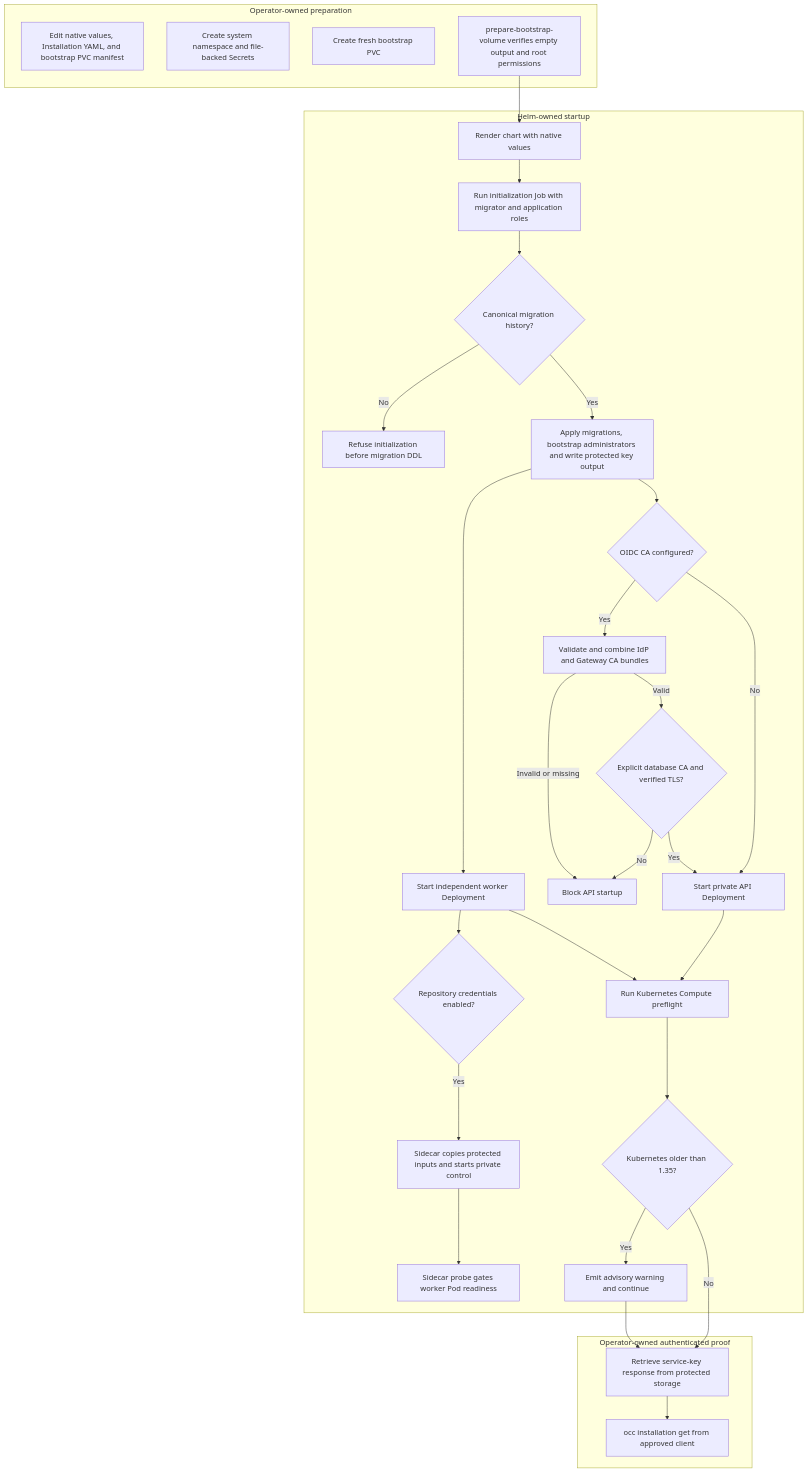
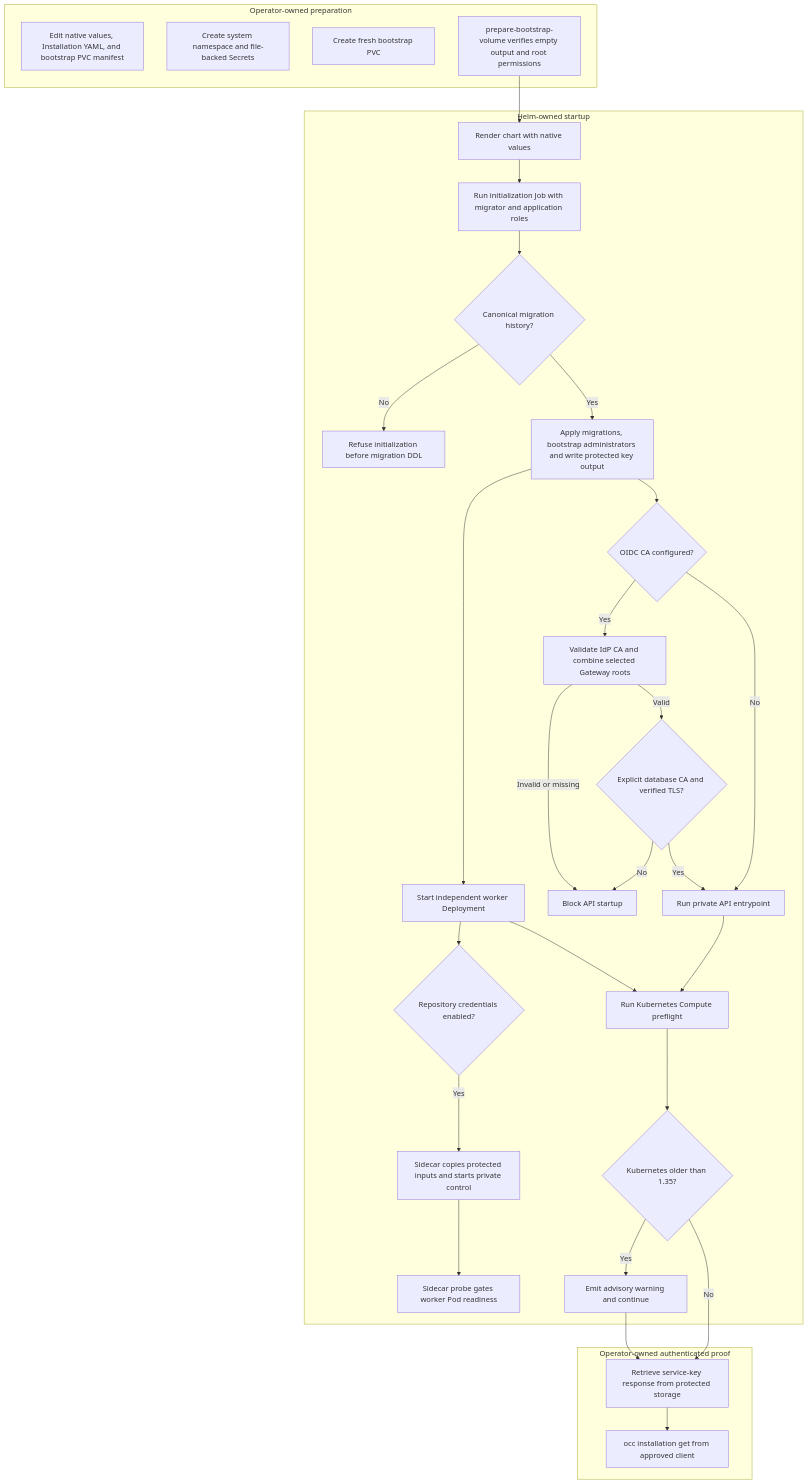
Before and after one commit to openclaw/openclaw-enterprise: the diagram in docs/flows/production-startup.md, drawn with Mermaid. The commit also changed 2 other files, not shown here.

Commit message:
docs: finalize private CA trust requirements

````diff
--- a/docs/flows/production-startup.md
+++ b/docs/flows/production-startup.md
@@ -37,36 +37,36 @@
 ```mermaid
 graph TD
     subgraph Operator["Operator-owned preparation"]
         A["Edit native values, Installation YAML, and bootstrap PVC manifest"]
         B["Create system namespace and file-backed Secrets"]
         C["Create fresh bootstrap PVC"]
         D["prepare-bootstrap-volume verifies empty output and root permissions"]
     end
     subgraph Helm["Helm-owned startup"]
         D --> E["Render chart with native values"]
         E --> F["Run initialization Job with migrator and application roles"]
         F --> O{"Canonical migration history?"}
         O -->|No| P["Refuse initialization before migration DDL"]
         O -->|Yes| G["Apply migrations, bootstrap administrators and write protected key output"]
         G --> CA{"OIDC CA configured?"}
-        CA -->|No| H["Start private API Deployment"]
-        CA -->|Yes| CB["Validate and combine IdP and Gateway CA bundles"]
+        CA -->|No| H["Run private API entrypoint"]
+        CA -->|Yes| CB["Validate IdP CA and combine selected Gateway roots"]
         CB -->|Valid| DB{"Explicit database CA and verified TLS?"}
         DB -->|Yes| H
         DB -->|No| CF
         CB -->|Invalid or missing| CF["Block API startup"]
         G --> I["Start independent worker Deployment"]
         I --> R{"Repository credentials enabled?"}
         R -->|Yes| S["Sidecar copies protected inputs and starts private control"]
         S --> Q["Sidecar probe gates worker Pod readiness"]
         H --> L["Run Kubernetes Compute preflight"]
         I --> L
         L --> M{"Kubernetes older than 1.35?"}
         M -->|Yes| N["Emit advisory warning and continue"]
     end
     subgraph Proof["Operator-owned authenticated proof"]
         M -->|No| J["Retrieve service-key response from protected storage"]
         N --> J
         J --> K["occ installation get from approved client"]
     end
 ```
````
